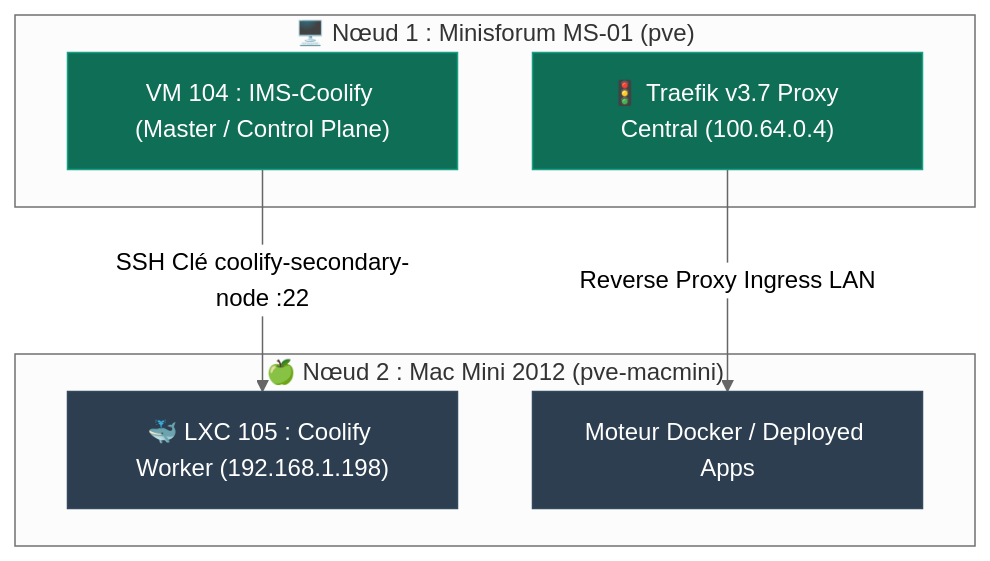
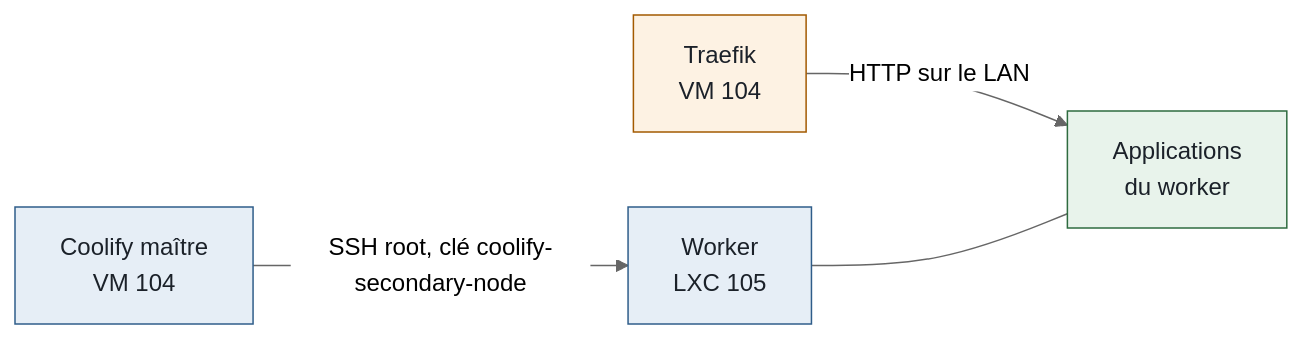
The diagram in infrastructure/lxc-coolify-worker.md (ims-world/docs), drawn with Mermaid (neutral theme) before and after one commit. The commit also changed other lines of this file and 15 other files, not shown here.

````diff
--- a/infrastructure/lxc-coolify-worker.md
+++ b/infrastructure/lxc-coolify-worker.md
@@ -39,20 +38,12 @@
 ```mermaid
-graph TD
-    subgraph MS01 ["🖥️ Nœud 1 : Minisforum MS-01 (pve)"]
-        VM104["VM 104 : IMS-Coolify (Master / Control Plane)"]
-        TRAEFIK["🚦 Traefik v3.7 Proxy Central (100.64.0.4)"]
-    end
-
-    subgraph MACMINI ["🍏 Nœud 2 : Mac Mini 2012 (pve-macmini)"]
-        LXC105["🐳 LXC 105 : Coolify Worker (192.168.1.198)"]
-        WORKER_DOCKER["Moteur Docker / Deployed Apps"]
-    end
-
-    VM104 -->|SSH Clé coolify-secondary-node :22| LXC105
-    TRAEFIK -->|Reverse Proxy Ingress LAN| WORKER_DOCKER
-
-    classDef master fill:#0F6E56,stroke:#16A085,color:#fff;
-    classDef worker fill:#2c3e50,stroke:#34495e,color:#fff;
-    class VM104,TRAEFIK master;
-    class LXC105,WORKER_DOCKER worker;
+flowchart LR
+  coolify[Coolify maître<br/>VM 104] -->|SSH root, clé coolify-secondary-node| worker[Worker<br/>LXC 105]
+  traefik[Traefik<br/>VM 104] -->|HTTP sur le LAN| apps[Applications<br/>du worker]
+  worker --- apps
+  class coolify,worker hote
+  class traefik reseau
+  class apps service
+  classDef hote fill:#e6eef6,stroke:#2f5d8a,color:#1b2129
+  classDef service fill:#e8f3eb,stroke:#2e6b3f,color:#1b2129
+  classDef reseau fill:#fdf2e3,stroke:#a35a00,color:#1b2129
 ```
````
